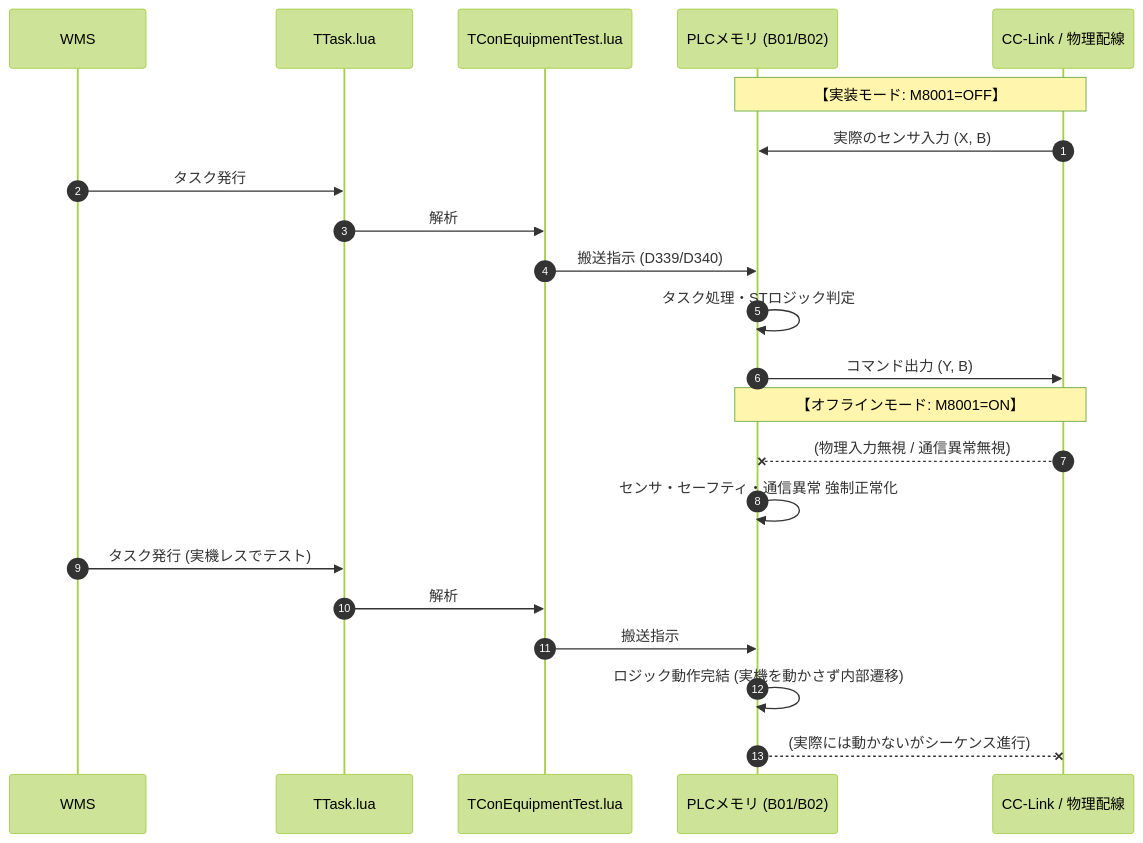
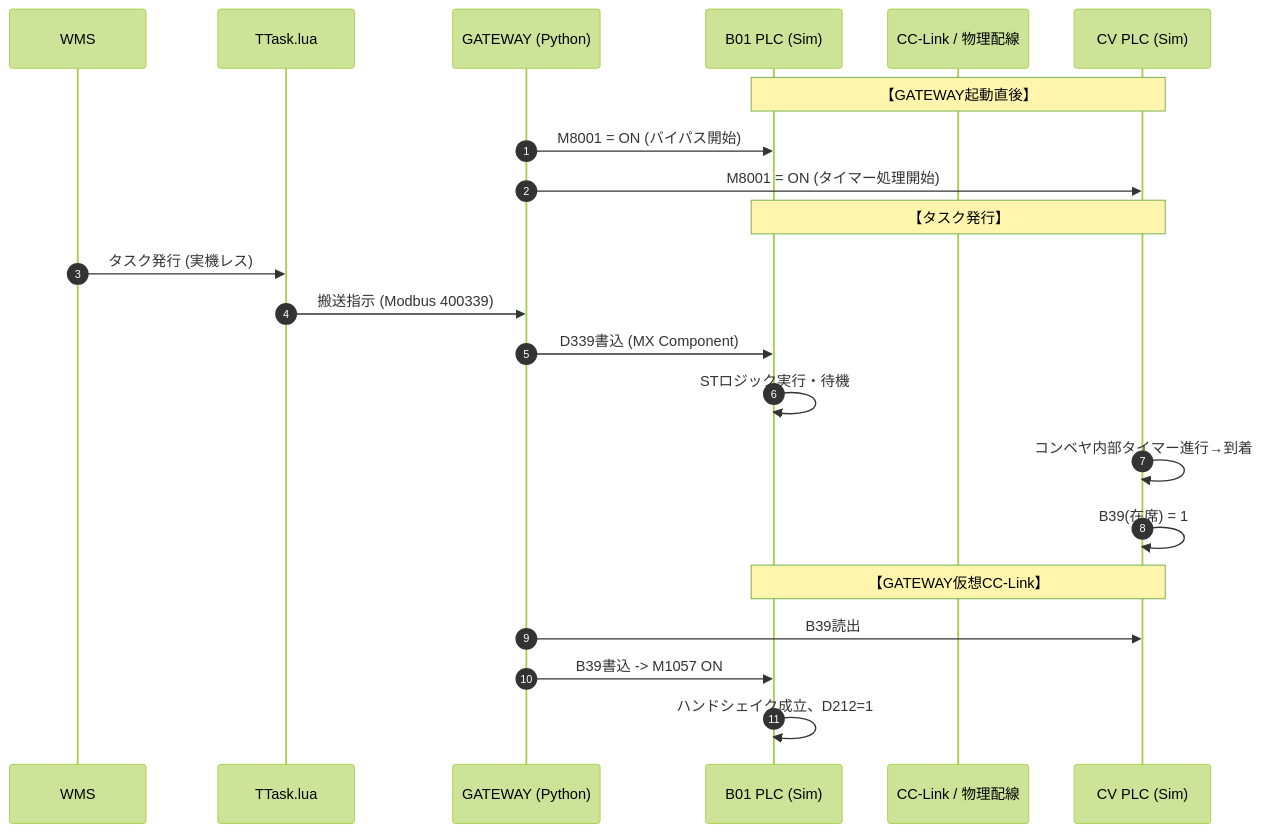
Before and after one commit to iceplantengineering/YTEC: the third of 3 diagrams in DOC3/system_architecture.md, drawn with Mermaid (forest theme). The commit also changed other lines of this file and 30 other files, not shown here.

````diff
--- a/DOC3/system_architecture.md
+++ b/DOC3/system_architecture.md
@@ -127,27 +129,31 @@
 ```mermaid
 sequenceDiagram
     autonumber
 
     participant WMS
     participant Task as TTask.lua
-    participant Conn as TConEquipmentTest.lua
-    participant PLC as PLCメモリ (B01/B02)
+    participant GW as GATEWAY (Python)
+    participant B01 as B01 PLC (Sim)
     participant HW as CC-Link / 物理配線
+    participant CV as CV PLC (Sim)
 
-    Note over PLC, HW: 【実装モード: M8001=OFF】
-    HW->>PLC: 実際のセンサ入力 (X, B)
-    WMS->>Task: タスク発行
-    Task->>Conn: 解析
-    Conn->>PLC: 搬送指示 (D339/D340)
-    PLC->>PLC: タスク処理・STロジック判定
-    PLC->>HW: コマンド出力 (Y, B)
+    Note over B01, CV: 【GATEWAY起動直後】
+    GW->>B01: M8001 = ON (バイパス開始)
+    GW->>CV: M8001 = ON (タイマー処理開始)
 
-    Note over PLC, HW: 【オフラインモード: M8001=ON】
-    HW--xPLC: (物理入力無視 / 通信異常無視)
-    PLC->>PLC: センサ・セーフティ・通信異常 強制正常化
-    WMS->>Task: タスク発行 (実機レスでテスト)
-    Task->>Conn: 解析
-    Conn->>PLC: 搬送指示
-    PLC->>PLC: ロジック動作完結 (実機を動かさず内部遷移)
-    PLC--xHW: (実際には動かないがシーケンス進行)
+    Note over B01, CV: 【タスク発行】
+    WMS->>Task: タスク発行 (実機レス)
+    Task->>GW: 搬送指示 (Modbus 400339)
+    GW->>B01: D339書込 (MX Component)
+    
+    B01->>B01: STロジック実行・待機
+    
+    CV->>CV: コンベヤ内部タイマー進行→到着
+    CV->>CV: B39(在席) = 1
+
+    Note over B01, CV: 【GATEWAY仮想CC-Link】
+    GW->>CV: B39読出
+    GW->>B01: B39書込 -> M1057 ON
+    
+    B01->>B01: ハンドシェイク成立、D212=1
 ```
````
